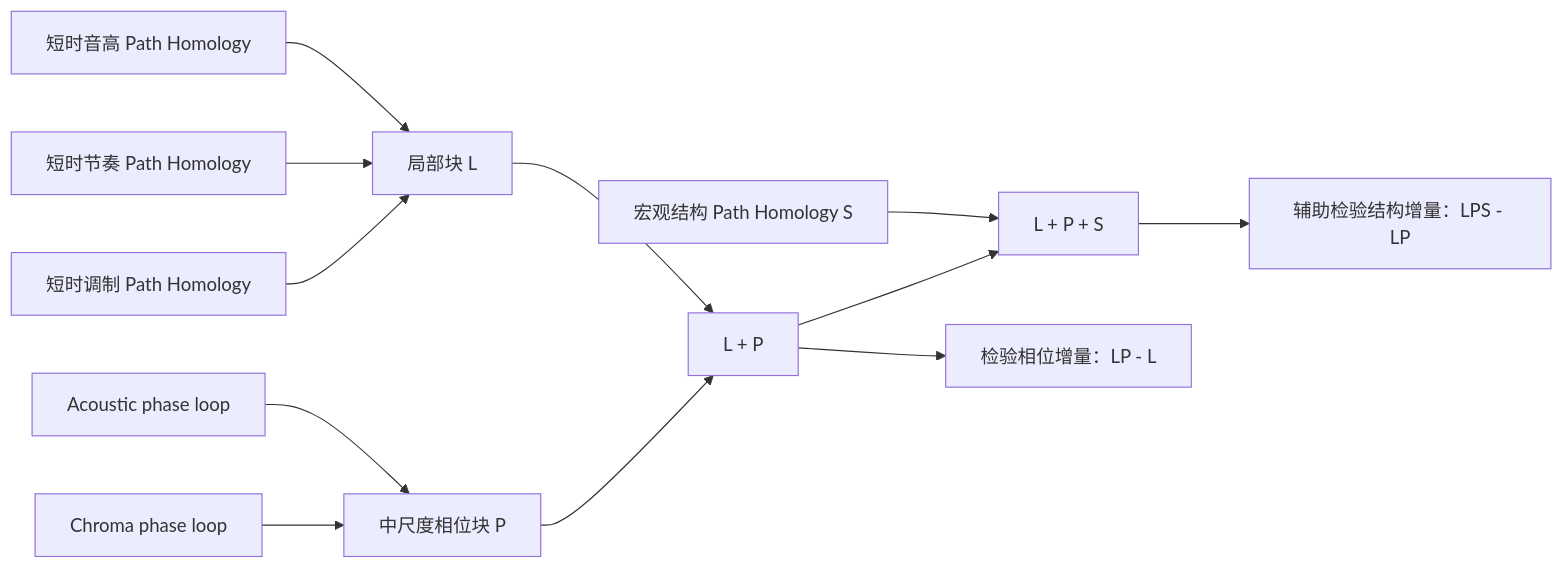
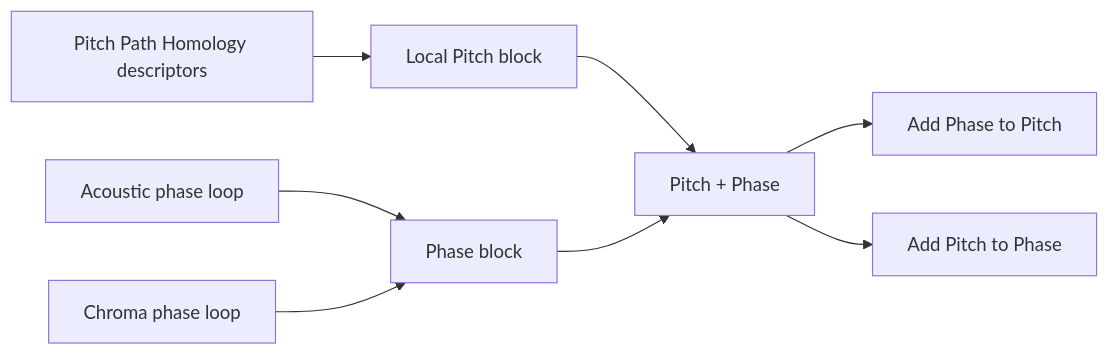
The diagram in docs/path-homology-multiscale-hierarchical-fusion-analysis.md (fisheryv/glmy_focus_music), drawn with Mermaid before and after one commit. The commit also changed other lines of this file and 74 other files, not shown here.

````diff
--- a/docs/path-homology-multiscale-hierarchical-fusion-analysis.md
+++ b/docs/path-homology-multiscale-hierarchical-fusion-analysis.md
@@ -47,14 +53,10 @@
 ```mermaid
 flowchart LR
-    A["短时音高 Path Homology"] --> L["局部块 L"]
-    B["短时节奏 Path Homology"] --> L
-    C["短时调制 Path Homology"] --> L
-    D["Acoustic phase loop"] --> P["中尺度相位块 P"]
-    E["Chroma phase loop"] --> P
-    L --> LP["L + P"]
-    P --> LP
-    F["宏观结构 Path Homology S"] --> LPS["L + P + S"]
-    LP --> LPS
-    LP --> T1["检验相位增量：LP - L"]
-    LPS --> T2["辅助检验结构增量：LPS - LP"]
+    A["Pitch Path Homology descriptors"] --> L["Local Pitch block"]
+    B["Acoustic phase loop"] --> P["Phase block"]
+    C["Chroma phase loop"] --> P
+    L --> F["Pitch + Phase"]
+    P --> F
+    F --> T1["Add Phase to Pitch"]
+    F --> T2["Add Pitch to Phase"]
 ```
````
